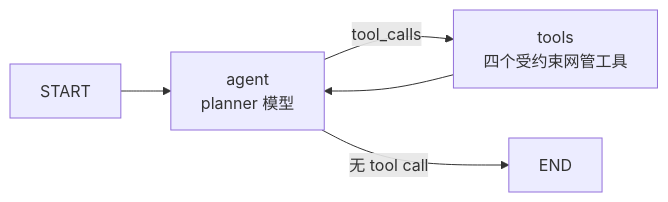
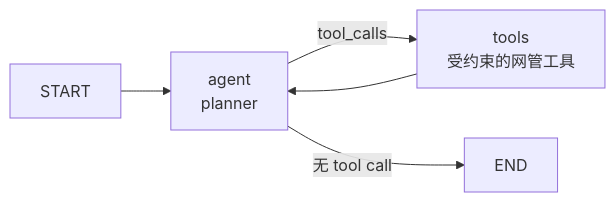
The second of 2 diagrams in a2a-t-sample/ran-energy-saving/TECHNICAL-zh.md (codetalks-hw/a2a-t-sdk-python), drawn with Mermaid before and after one commit. The commit also changed other lines of this file and 1 other file, not shown here.

````diff
--- a/a2a-t-sample/ran-energy-saving/TECHNICAL-zh.md
+++ b/a2a-t-sample/ran-energy-saving/TECHNICAL-zh.md
@@ -516,7 +285,7 @@
 ```mermaid
 flowchart LR
-    START --> A[agent<br/>planner 模型]
-    A -- tool_calls --> T[tools<br/>四个受约束网管工具]
+    START --> A[agent<br/>planner]
+    A -- tool_calls --> T[tools<br/>受约束的网管工具]
     T --> A
     A -- 无 tool call --> END
 ```
````
